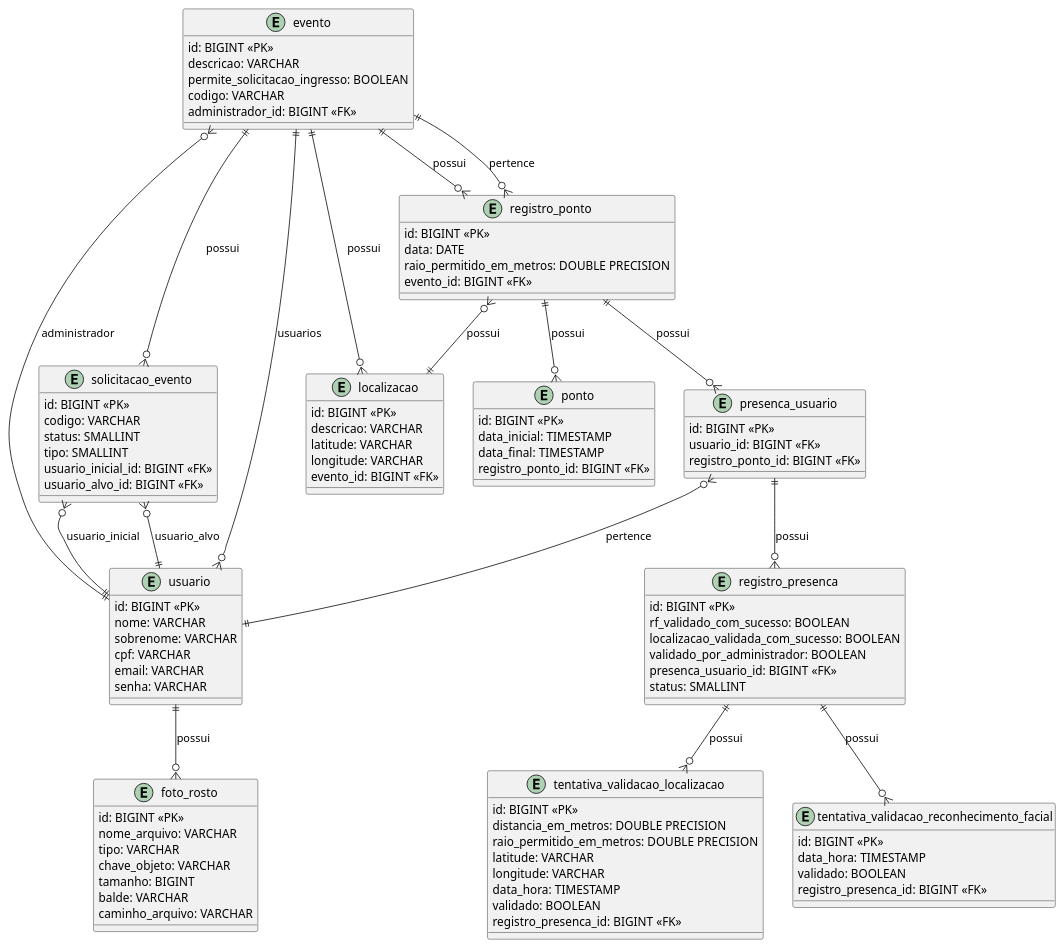
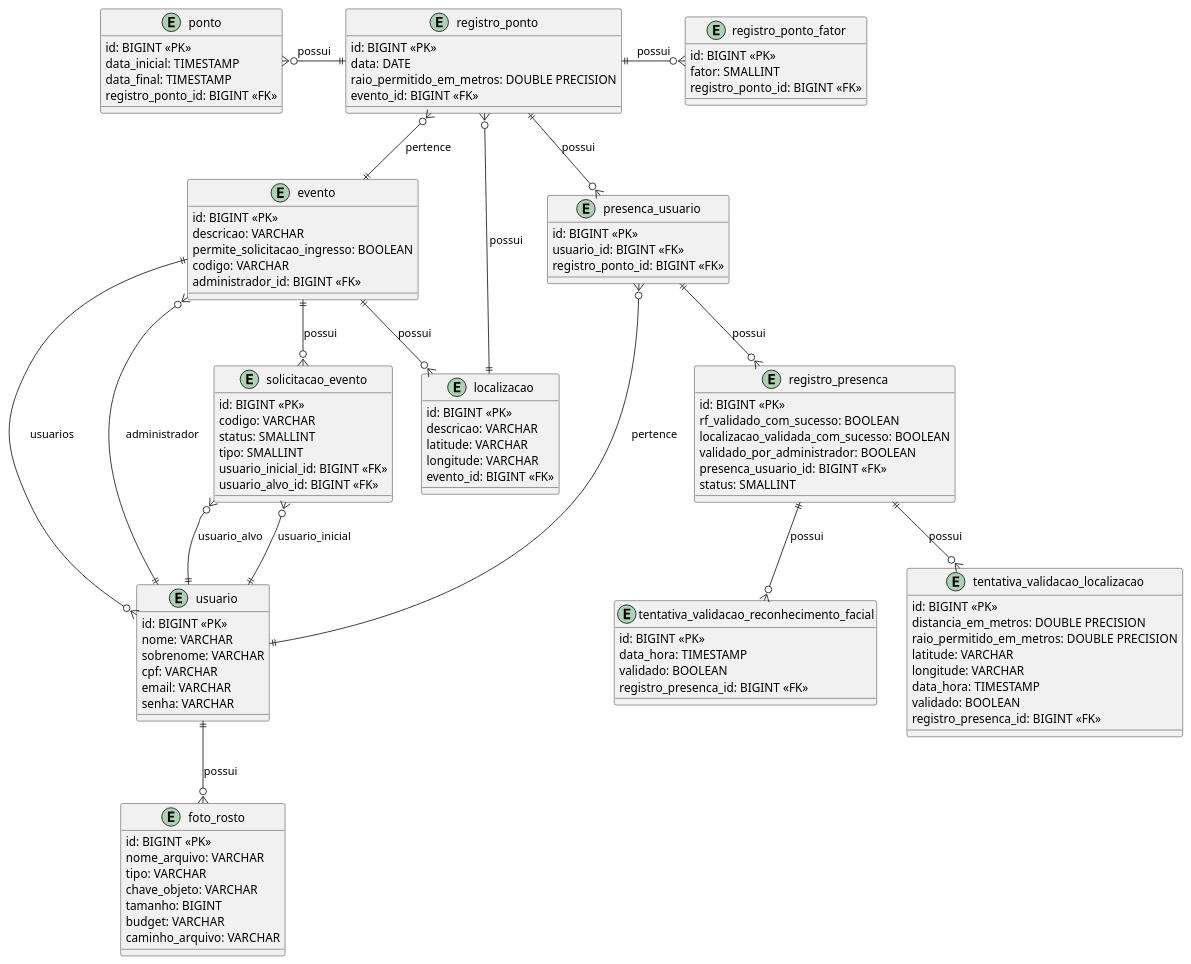
One commit to luan-coelho/facelocus changed the diagram in resultados/diagrama-er.plantuml. Above: the diagram before and after it, drawn with PlantUML. The commit also changed 1 other file, not shown here.

```diff
--- a/resultados/diagrama-er.plantuml
+++ b/resultados/diagrama-er.plantuml
@@ -1,110 +1,116 @@
 @startuml
 entity usuario {
     id: BIGINT <<PK>>
     nome: VARCHAR
     sobrenome: VARCHAR
     cpf: VARCHAR
     email: VARCHAR
     senha: VARCHAR
 }
 
 entity foto_rosto {
     id: BIGINT <<PK>>
     nome_arquivo: VARCHAR
     tipo: VARCHAR
     chave_objeto: VARCHAR
     tamanho: BIGINT
-    balde: VARCHAR
+    budget: VARCHAR
     caminho_arquivo: VARCHAR
 }
 
 entity evento {
     id: BIGINT <<PK>>
     descricao: VARCHAR
     permite_solicitacao_ingresso: BOOLEAN
     codigo: VARCHAR
     administrador_id: BIGINT <<FK>>
 }
 
 entity localizacao {
     id: BIGINT <<PK>>
     descricao: VARCHAR
     latitude: VARCHAR
     longitude: VARCHAR
     evento_id: BIGINT <<FK>>
 }
 
 entity solicitacao_evento {
     id: BIGINT <<PK>>
     codigo: VARCHAR
     status: SMALLINT
     tipo: SMALLINT
     usuario_inicial_id: BIGINT <<FK>>
     usuario_alvo_id: BIGINT <<FK>>
 }
 
 entity registro_ponto {
     id: BIGINT <<PK>>
     data: DATE
     raio_permitido_em_metros: DOUBLE PRECISION
     evento_id: BIGINT <<FK>>
+}
+
+entity registro_ponto_fator {
+    id: BIGINT <<PK>>
+    fator: SMALLINT
+    registro_ponto_id: BIGINT <<FK>>
 }
 
 entity ponto {
     id: BIGINT <<PK>>
     data_inicial: TIMESTAMP
     data_final: TIMESTAMP
     registro_ponto_id: BIGINT <<FK>>
 }
 
 entity presenca_usuario {
     id: BIGINT <<PK>>
     usuario_id: BIGINT <<FK>>
     registro_ponto_id: BIGINT <<FK>>
 }
 
 entity tentativa_validacao_reconhecimento_facial {
     id: BIGINT <<PK>>
     data_hora: TIMESTAMP
     validado: BOOLEAN
     registro_presenca_id: BIGINT <<FK>>
 }
 
 entity tentativa_validacao_localizacao {
     id: BIGINT <<PK>>
     distancia_em_metros: DOUBLE PRECISION
     raio_permitido_em_metros: DOUBLE PRECISION
     latitude: VARCHAR
     longitude: VARCHAR
     data_hora: TIMESTAMP
     validado: BOOLEAN
     registro_presenca_id: BIGINT <<FK>>
 }
 
 entity registro_presenca {
     id: BIGINT <<PK>>
     rf_validado_com_sucesso: BOOLEAN
     localizacao_validada_com_sucesso: BOOLEAN
     validado_por_administrador: BOOLEAN
     presenca_usuario_id: BIGINT <<FK>>
     status: SMALLINT
 }
 
 usuario ||--o{ foto_rosto : possui
-evento ||--o{ registro_ponto : possui
 evento ||--o{ localizacao : possui
 evento ||--o{ solicitacao_evento : possui
 evento ||--o{ usuario : usuarios
 evento }o--|| usuario : administrador
-registro_ponto ||--o{ ponto : possui
+registro_ponto ||-left-o{ ponto : possui
 registro_ponto }o--|| localizacao : possui
 registro_ponto }o--|| evento : pertence
 registro_ponto ||--o{ presenca_usuario : possui
+registro_ponto ||-right-o{ registro_ponto_fator : possui
 presenca_usuario }o--|| usuario : pertence
 presenca_usuario ||--o{ registro_presenca : possui
 registro_presenca ||--o{ tentativa_validacao_reconhecimento_facial : possui
 registro_presenca ||--o{ tentativa_validacao_localizacao : possui
 solicitacao_evento }o--|| usuario : usuario_inicial
 solicitacao_evento }o--|| usuario : usuario_alvo
 
 @enduml
```
